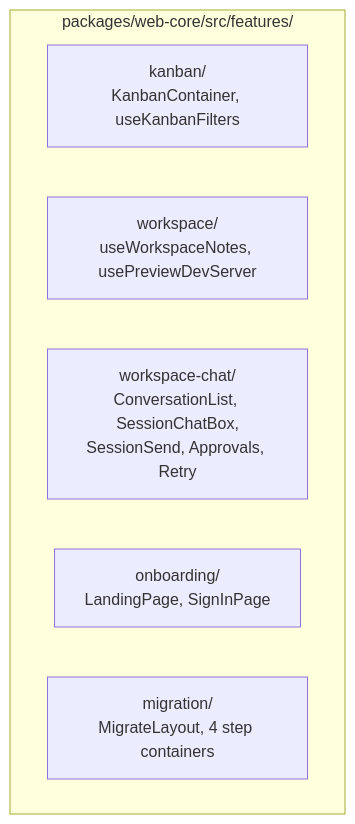
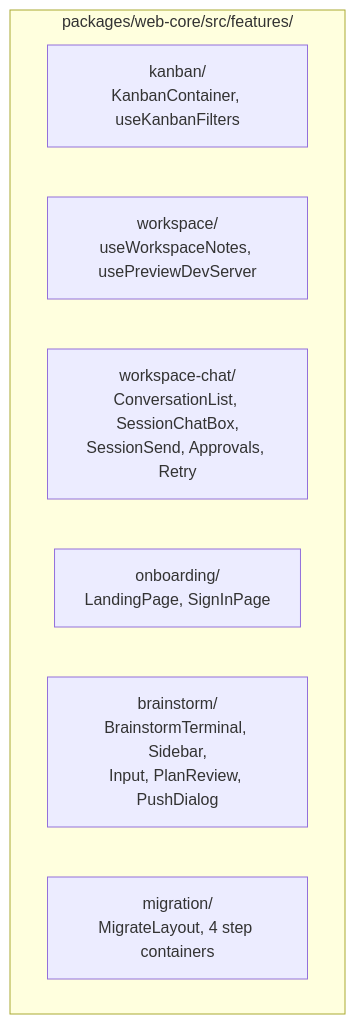
One commit to AhSnahp/vibe-kanban changed the third of 5 diagrams in ai/memory/component-map.md. Above: the diagram before and after it, drawn with Mermaid. The commit also changed other lines of this file and 5 other files, not shown here.

First line of the commit message:
feat: implement push-to-kanban, session auto-titling, and improve brainstorm prompt

````diff
--- a/ai/memory/component-map.md
+++ b/ai/memory/component-map.md
@@ -70,10 +71,11 @@
 ```mermaid
 graph TB
     subgraph "packages/web-core/src/features/"
         KANBAN["kanban/<br/>KanbanContainer, useKanbanFilters"]
         WS_FEAT["workspace/<br/>useWorkspaceNotes, usePreviewDevServer"]
         WS_CHAT["workspace-chat/<br/>ConversationList, SessionChatBox,<br/>SessionSend, Approvals, Retry"]
         ONBOARD_F["onboarding/<br/>LandingPage, SignInPage"]
+        BRAINSTORM_F["brainstorm/<br/>BrainstormTerminal, Sidebar,<br/>Input, PlanReview, PushDialog"]
         MIGRATE_F["migration/<br/>MigrateLayout, 4 step containers"]
     end
 ```
````
